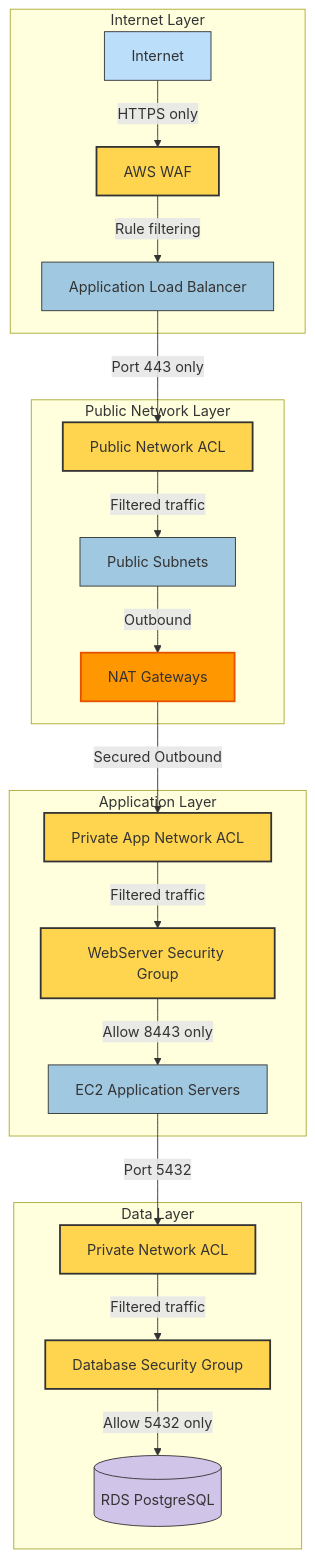
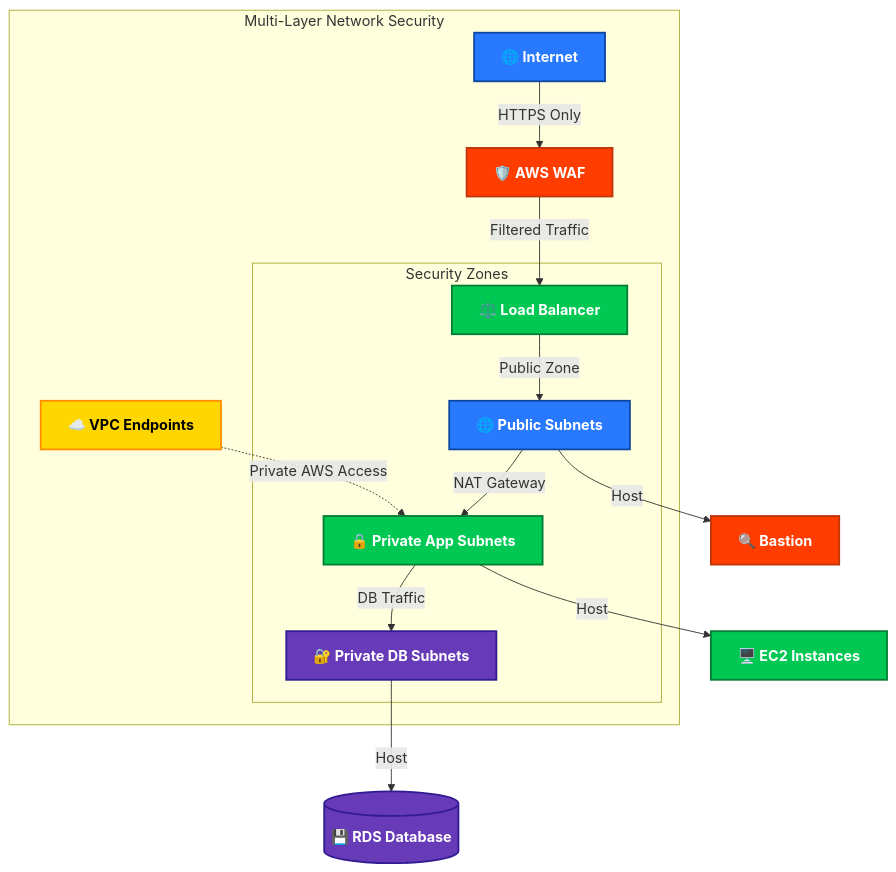
One commit to Hack23/cia changed the fifth of 15 diagrams in SECURITY_ARCHITECTURE.md. Above: the diagram before and after it, drawn with Mermaid. The commit also changed other lines of this file, not shown here.

````diff
--- a/SECURITY_ARCHITECTURE.md
+++ b/SECURITY_ARCHITECTURE.md
@@ -376,38 +417,31 @@
 ```mermaid
 graph TD
-    subgraph "Internet Layer"
-        A[Internet] -->|HTTPS only| B[AWS WAF]
-        B -->|Rule filtering| C[Application Load Balancer]
+    subgraph "Multi-Layer Network Security"
+        A[🌐 Internet] -->|"HTTPS Only"| B[🛡️ AWS WAF]
+        B -->|"Filtered Traffic"| C[⚖️ Load Balancer]
+        
+        subgraph "Security Zones"
+            C -->|"Public Zone"| D[🌐 Public Subnets]
+            D -->|"NAT Gateway"| E[🔒 Private App Subnets]
+            E -->|"DB Traffic"| F[🔐 Private DB Subnets]
+        end
+        
+        G[☁️ VPC Endpoints] -.->|"Private AWS Access"| E
     end
     
-    subgraph "Public Network Layer"
-        C -->|Port 443 only| D[Public Network ACL]
-        D -->|Filtered traffic| E[Public Subnets]
-        E -->|Outbound| F[NAT Gateways]
-    end
+    D -->|"Host"| H[🔍 Bastion]
+    E -->|"Host"| I[🖥️ EC2 Instances]
+    F -->|"Host"| J[(💾 RDS Database)]
     
-    subgraph "Application Layer"
-        F -->|Secured Outbound| G[Private App Network ACL]
-        G -->|Filtered traffic| H[WebServer Security Group]
-        H -->|Allow 8443 only| I[EC2 Application Servers]
-    end
-    
-    subgraph "Data Layer"
-        I -->|Port 5432| J[Private Network ACL]
-        J -->|Filtered traffic| K[Database Security Group]
-        K -->|Allow 5432 only| L[(RDS PostgreSQL)]
-    end
-    
-    style A fill:#bbdefb,stroke:#333,stroke-width:1px
-    style B fill:#ffd54f,stroke:#333,stroke-width:2px
-    style C fill:#a0c8e0,stroke:#333,stroke-width:1px
-    style D fill:#ffd54f,stroke:#333,stroke-width:2px
-    style E fill:#a0c8e0,stroke:#333,stroke-width:1px
-    style F fill:#ff9800,stroke:#e65100,stroke-width:2px
-    style G fill:#ffd54f,stroke:#333,stroke-width:2px
-    style H fill:#ffd54f,stroke:#333,stroke-width:2px
-    style I fill:#a0c8e0,stroke:#333,stroke-width:1px
-    style J fill:#ffd54f,stroke:#333,stroke-width:2px
-    style K fill:#ffd54f,stroke:#333,stroke-width:2px
-    style L fill:#d1c4e9,stroke:#333,stroke-width:1px
+    style A fill:#2979FF,stroke:#0D47A1,stroke-width:2px,color:white,font-weight:bold
+    style B fill:#FF3D00,stroke:#BF360C,stroke-width:2px,color:white,font-weight:bold
+    style C fill:#00C853,stroke:#007E33,stroke-width:2px,color:white,font-weight:bold
+    style D fill:#2979FF,stroke:#0D47A1,stroke-width:2px,color:white,font-weight:bold
+    style E fill:#00C853,stroke:#007E33,stroke-width:2px,color:white,font-weight:bold
+    style F fill:#673AB7,stroke:#311B92,stroke-width:2px,color:white,font-weight:bold
+    style G fill:#FFD600,stroke:#FF8F00,stroke-width:2px,color:black,font-weight:bold
+    style H fill:#FF3D00,stroke:#BF360C,stroke-width:2px,color:white,font-weight:bold
+    style I fill:#00C853,stroke:#007E33,stroke-width:2px,color:white,font-weight:bold
+    style J fill:#673AB7,stroke:#311B92,stroke-width:2px,color:white,font-weight:bold
+    classDef default font-weight:bold
 ```
````
